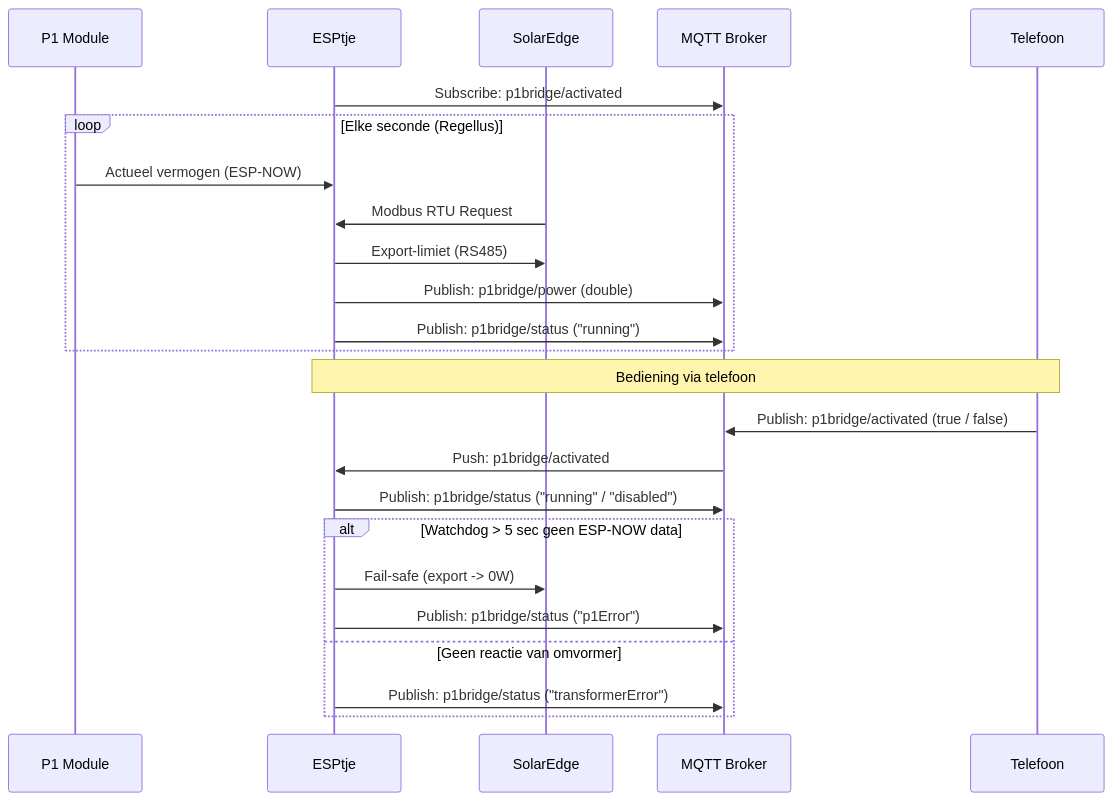
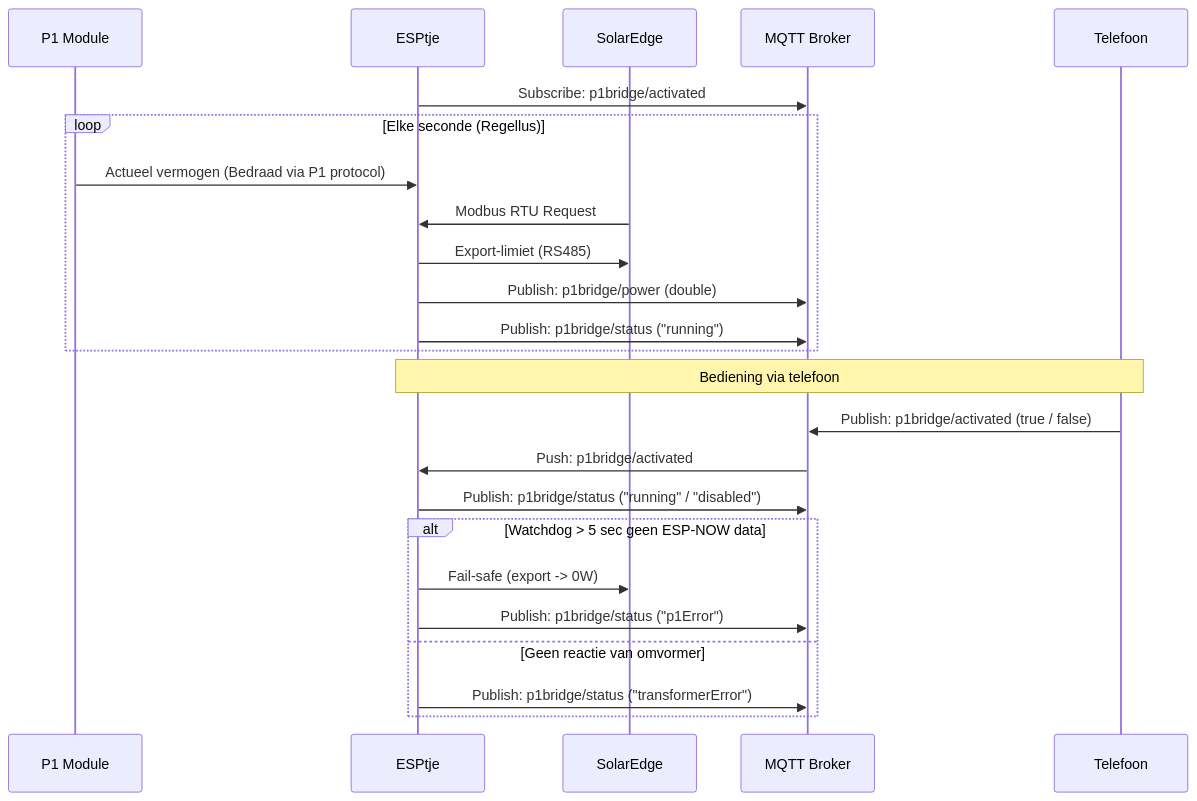
One commit to HexiDevs/OpenP1Bridge changed the diagram in documentation/activitydiagram.md. Above: the diagram before and after it, drawn with Mermaid.

Commit message:
Update activity diagram to clarify power source and mark subproject as dirty

````diff
--- a/documentation/activitydiagram.md
+++ b/documentation/activitydiagram.md
@@ -1,30 +1,30 @@
 ```mermaid
 sequenceDiagram
     participant P1 as P1 Module
     participant MB as ESPtje
     participant SE as SolarEdge
     participant MQTT as MQTT Broker
     participant App as Telefoon
 
     MB->>MQTT: Subscribe: p1bridge/activated
 
     loop Elke seconde (Regellus)
-        P1->>MB: Actueel vermogen (ESP-NOW)
+        P1->>MB: Actueel vermogen (Bedraad via P1 protocol)
         SE->>MB: Modbus RTU Request
         MB->>SE: Export-limiet (RS485)
         MB->>MQTT: Publish: p1bridge/power (double)
         MB->>MQTT: Publish: p1bridge/status ("running")
     end
 
     Note over App,MB: Bediening via telefoon
     App->>MQTT: Publish: p1bridge/activated (true / false)
     MQTT->>MB: Push: p1bridge/activated
     MB->>MQTT: Publish: p1bridge/status ("running" / "disabled")
 
     alt Watchdog > 5 sec geen ESP-NOW data
         MB->>SE: Fail-safe (export -> 0W)
         MB->>MQTT: Publish: p1bridge/status ("p1Error")
     else Geen reactie van omvormer
         MB->>MQTT: Publish: p1bridge/status ("transformerError")
     end
 ```
````
